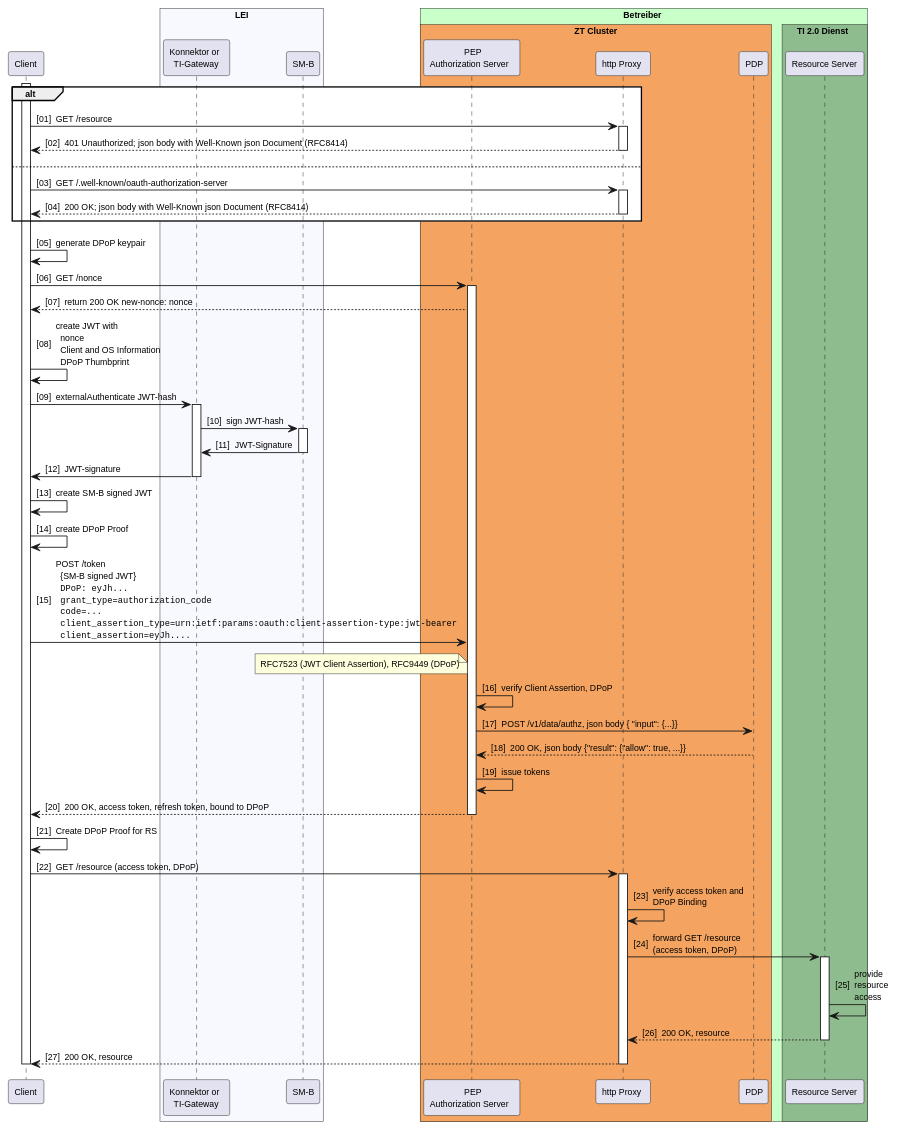
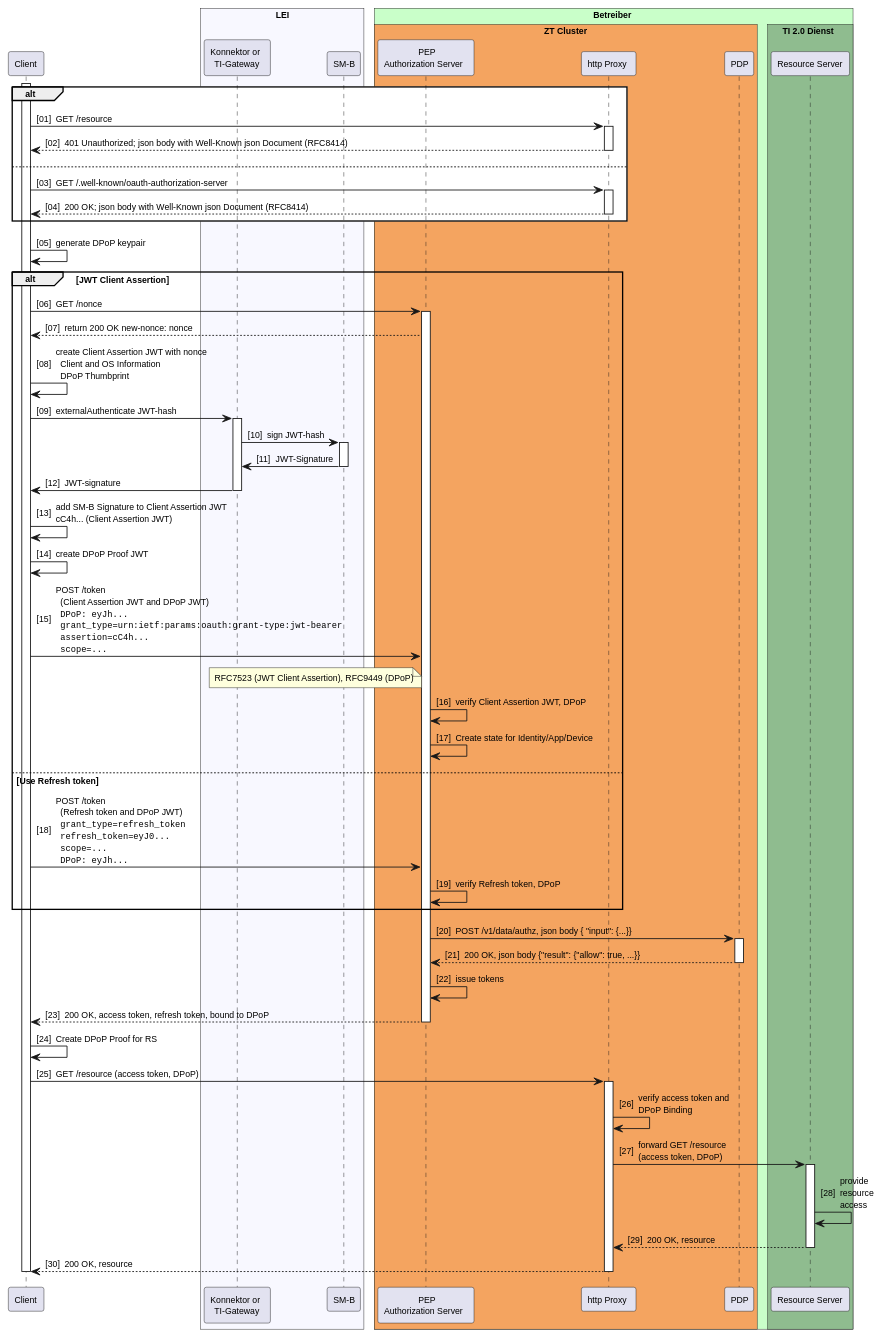
One commit to gematik/spec-t20r changed the diagram in src/plantuml/sm-b-auth.puml. Above: the diagram before and after it, drawn with PlantUML.

```diff
--- a/src/plantuml/sm-b-auth.puml
+++ b/src/plantuml/sm-b-auth.puml
@@ -1,91 +1,104 @@
 @startuml "SM-B_Auth_with_DPoP"
 autonumber "[00]"
 skinparam defaultFontSize 10
 skinparam defaultFontName Helvetica
 skinparam DefaultMonospacedFontName Courier
 skinparam lengthAdjust none
 
 !pragma teoz true
 
 participant Client
 box "LEI" #GhostWhite
     participant Konnektor as "Konnektor or\nTI-Gateway"
     participant SMB as "SM-B"
 end box
 
 box "Betreiber" #TECHNOLOGY
     box "ZT Cluster" #SandyBrown
         participant AuthS as "PEP\nAuthorization Server" 
         participant HP as "http Proxy"
         participant PDP as "PDP"
     endbox
     box TI 2.0 Dienst #DarkSeaGreen
         participant RS as "Resource Server"
     endbox
 end box
 
 activate Client
 alt #White
     Client -> HP: GET /resource
     activate HP
     HP --> Client: 401 Unauthorized; json body with Well-Known json Document (RFC8414)
     deactivate HP
 else 
     Client -> HP: GET /.well-known/oauth-authorization-server 
     activate HP
     HP --> Client: 200 OK; json body with Well-Known json Document (RFC8414)
     deactivate HP
 end
 
 Client -> Client: generate DPoP keypair
+alt JWT Client Assertion
 Client -> AuthS: GET /nonce
 activate AuthS
 AuthS --> Client: return 200 OK new-nonce: nonce
-Client -> Client: create JWT with\n  nonce\n  Client and OS Information\n  DPoP Thumbprint
+Client -> Client: create Client Assertion JWT with nonce\n  Client and OS Information\n  DPoP Thumbprint
 Client -> Konnektor: externalAuthenticate JWT-hash
 activate Konnektor
 Konnektor -> SMB: sign JWT-hash
 activate SMB
 SMB -> Konnektor: JWT-Signature
 deactivate SMB
 Konnektor -> Client: JWT-signature
 deactivate Konnektor
 
-Client -> Client: create SM-B signed JWT
-Client -> Client: create DPoP Proof
+Client -> Client: add SM-B Signature to Client Assertion JWT\n\
+cC4h... (Client Assertion JWT)
+Client -> Client: create DPoP Proof JWT
 Client -> AuthS: POST /token\n\
-  {SM-B signed JWT}\n\
+  (Client Assertion JWT and DPoP JWT)\n\
   ""DPoP: eyJh...""\n\
-  ""grant_type=authorization_code""\n\
-  ""code=...""\n\
-  ""client_assertion_type=urn:ietf:params:oauth:client-assertion-type:jwt-bearer""\n\
-  ""client_assertion=eyJh....""
+  ""grant_type=urn:ietf:params:oauth:grant-type:jwt-bearer""\n\
+  ""assertion=cC4h...""\n\
+  ""scope=...""
 note left of AuthS
   RFC7523 (JWT Client Assertion), RFC9449 (DPoP)
 end note
+AuthS -> AuthS: verify Client Assertion JWT, DPoP
+AuthS -> AuthS: Create state for Identity/App/Device
+else Use Refresh token
+Client -> AuthS: POST /token\n\
+  (Refresh token and DPoP JWT)\n\
+  ""grant_type=refresh_token""\n\
+  ""refresh_token=eyJ0...""\n\
+  ""scope=...""\n\
+  ""DPoP: eyJh...""
+AuthS -> AuthS: verify Refresh token, DPoP
+end
 
-AuthS -> AuthS: verify Client Assertion, DPoP
 AuthS -> PDP: POST /v1/data/authz, json body {  "input": {...}} 
+activate PDP
 PDP --> AuthS: 200 OK, json body {"result": {"allow": true, ...}}
+deactivate PDP
 AuthS -> AuthS: issue tokens
 AuthS --> Client: 200 OK, access token, refresh token, bound to DPoP
 deactivate AuthS
 Client -> Client: Create DPoP Proof for RS
 
 Client -> HP: GET /resource (access token, DPoP)
 activate HP
 HP -> HP: verify access token and\nDPoP Binding
 HP -> RS: forward GET /resource\n\
 (access token, DPoP)
 activate RS
 RS -> RS: provide\n\
 resource\n\
 access
 RS --> HP: 200 OK, resource
 deactivate RS
 HP --> Client: 200 OK, resource
 deactivate HP
 deactivate RS
 deactivate Client
 
 @enduml
```
